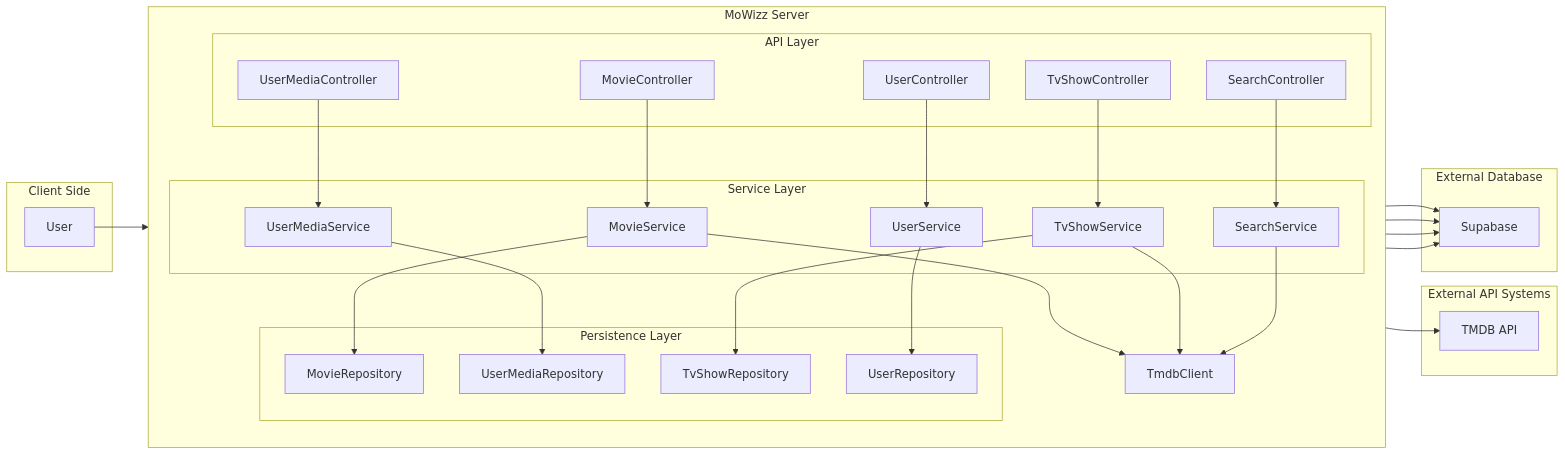
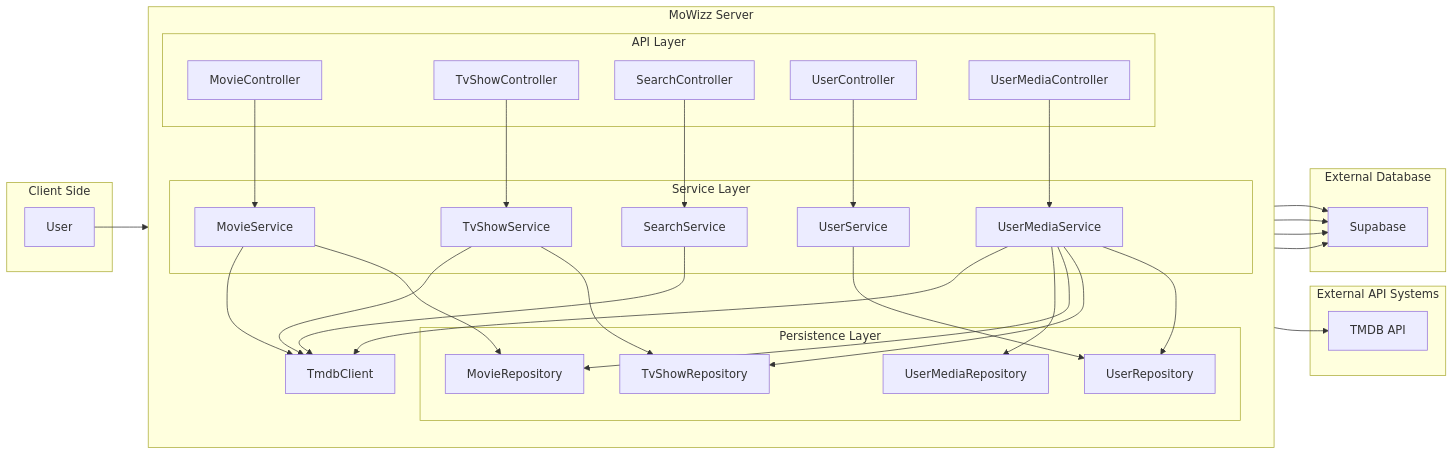
Before and after one commit to davidduclam/mowizz-server: the diagram in README.md, drawn with Mermaid. The commit also changed other lines of this file and 1 other file, not shown here.

````diff
--- a/README.md
+++ b/README.md
@@ -15,68 +15,71 @@
 ```mermaid
 flowchart LR
 
     subgraph CLIENT["Client Side"]
         WEB["User"]
     end
 
     subgraph APP["MoWizz Server"]
         direction TB
 
         subgraph API["API Layer"]
             MC["MovieController"]
             TSC["TvShowController"]
             SC["SearchController"]
             UC["UserController"]
             UMC["UserMediaController"]
         end
 
         subgraph BIZ["Service Layer"]
             MS["MovieService"]
             TSS["TvShowService"]
             SS["SearchService"]
             US["UserService"]
             UMS["UserMediaService"]
         end
 
         subgraph DATA["Persistence Layer"]
             MR["MovieRepository"]
             TSR["TvShowRepository"]
             UR["UserRepository"]
             UMR["UserMediaRepository"]
         end
 
         TC["TmdbClient"]
     end
 
     subgraph EXT_API["External API Systems"]
         TMDB["TMDB API"]
     end
 
     subgraph EXT_DATA["External Database"]
         DB["Supabase"]
     end
 
     WEB --> API
 
     MC --> MS
     TSC --> TSS
     SC --> SS
     UC --> US
     UMC --> UMS
 
-    UMS --> UMR
-
+    SS --> TC
     MS --> TC
     TSS --> TC
-    SS --> TC
+    UMS --> TC
     TC --> TMDB
 
     MS --> MR
     TSS --> TSR
     US --> UR
+    UMS --> UMR
+    UMS --> MR
+    UMS --> TSR
+    UMS --> UR
 
     MR --> DB
     TSR --> DB
     UR --> DB
     UMR --> DB
 ```
````
